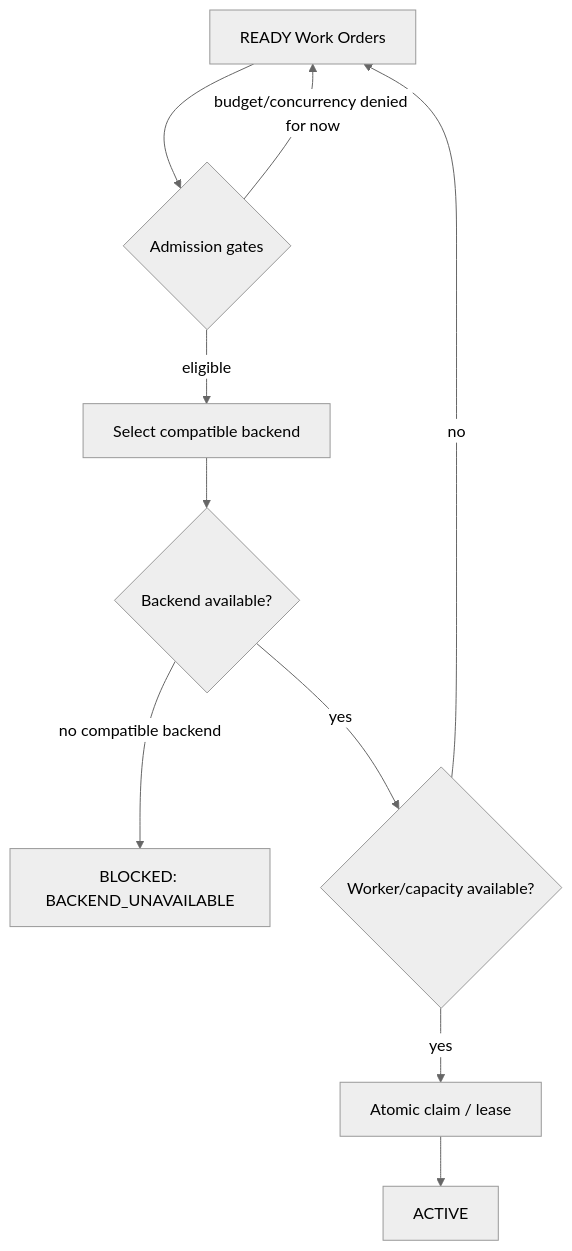
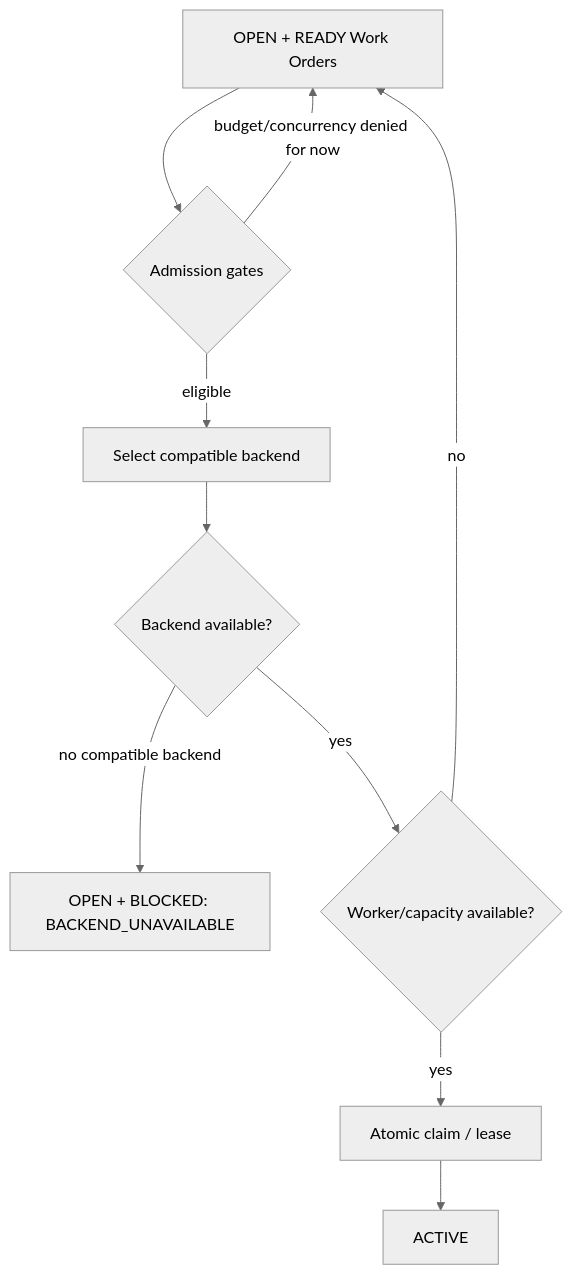
One commit to Walsamer/tactus changed the first of 2 diagrams in docs/architecture/SCHEDULING_AND_BACKENDS.md. Above: the diagram before and after it, drawn with Mermaid (neutral theme). The commit also changed other lines of this file and 6 other files, not shown here.

````diff
--- a/docs/architecture/SCHEDULING_AND_BACKENDS.md
+++ b/docs/architecture/SCHEDULING_AND_BACKENDS.md
@@ -17,12 +17,12 @@
 ```mermaid
 flowchart TD
-    READY[READY Work Orders] --> GATES{Admission gates}
+    READY[OPEN + READY Work Orders] --> GATES{Admission gates}
     GATES -->|budget/concurrency denied for now| READY
     GATES -->|eligible| SELECT[Select compatible backend]
     SELECT --> BH{Backend available?}
-    BH -->|no compatible backend| BLOCKED[BLOCKED: BACKEND_UNAVAILABLE]
+    BH -->|no compatible backend| BLOCKED[OPEN + BLOCKED: BACKEND_UNAVAILABLE]
     BH -->|yes| WH{Worker/capacity available?}
     WH -->|no| READY
     WH -->|yes| CLAIM[Atomic claim / lease]
     CLAIM --> ACTIVE[ACTIVE]
 ```
````
